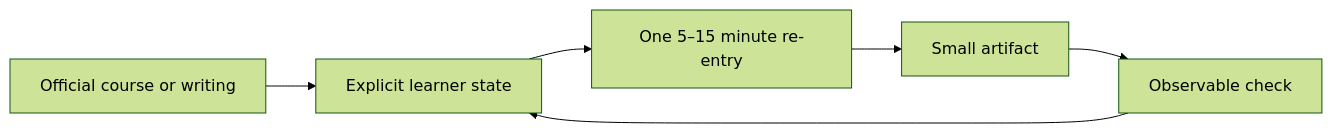
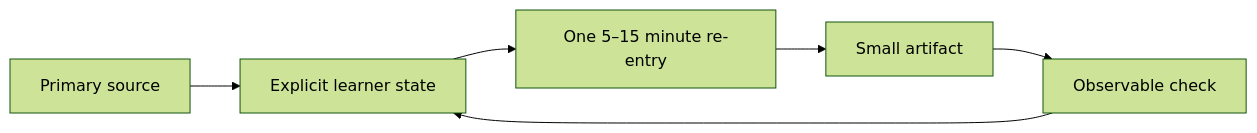
The diagram in README.md (cheryljia27-commits/karpathy-course-tutor), drawn with Mermaid (forest theme) before and after one commit. The commit also changed other lines of this file and 12 other files, not shown here.

````diff
--- a/README.md
+++ b/README.md
@@ -22,8 +63,8 @@
 ```mermaid
 flowchart LR
-  A["Official course or writing"] --> B["Explicit learner state"]
+  A["Primary source"] --> B["Explicit learner state"]
   B --> C["One 5–15 minute re-entry"]
   C --> D["Small artifact"]
   D --> E["Observable check"]
   E --> B
 ```
````
